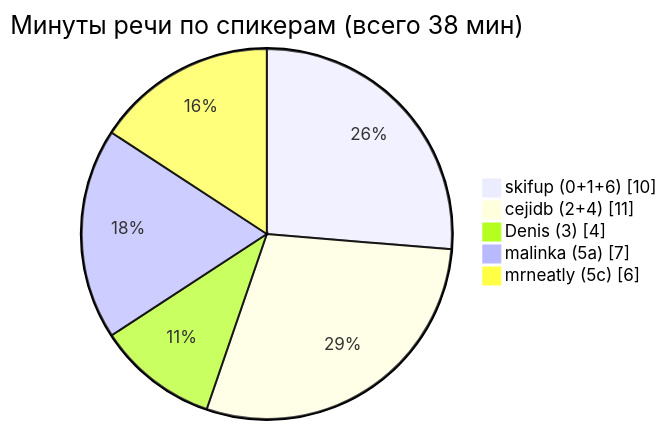
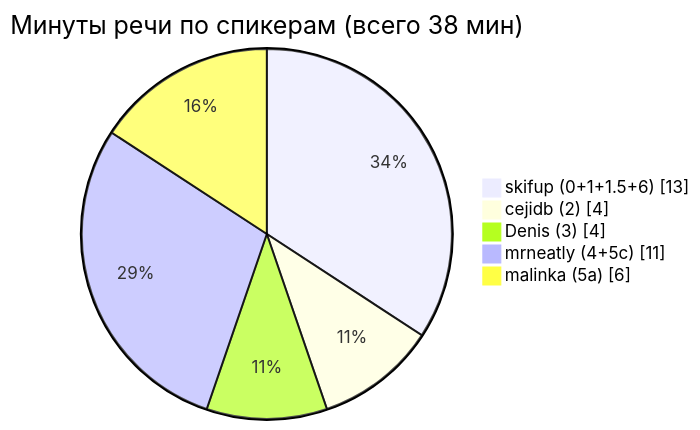
One commit to CeJIDb/sab-win-26-mine-parking changed the second of 2 diagrams in docs/demo-days/demo-5/slides-map.md. Above: the diagram before and after it, drawn with Mermaid. The commit also changed other lines of this file and 6 other files, not shown here.

````diff
--- a/docs/demo-days/demo-5/slides-map.md
+++ b/docs/demo-days/demo-5/slides-map.md
@@ -186,8 +187,8 @@
 ```mermaid
 pie showData title Минуты речи по спикерам (всего 38 мин)
-    "skifup (0+1+6)" : 10
-    "cejidb (2+4)" : 11
+    "skifup (0+1+1.5+6)" : 13
+    "cejidb (2)" : 4
     "Denis (3)" : 4
-    "malinka (5а)" : 7
-    "mrneatly (5c)" : 6
+    "mrneatly (4+5c)" : 11
+    "malinka (5а)" : 6
 ```
````
